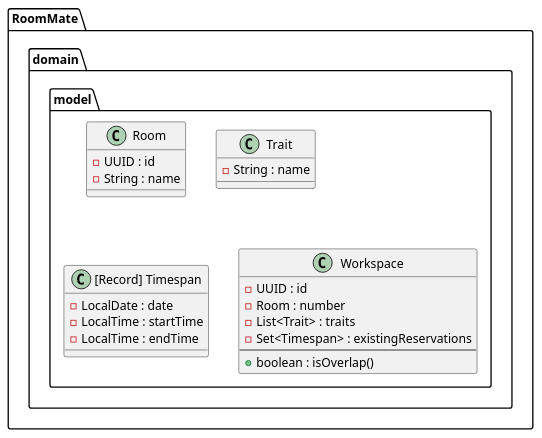
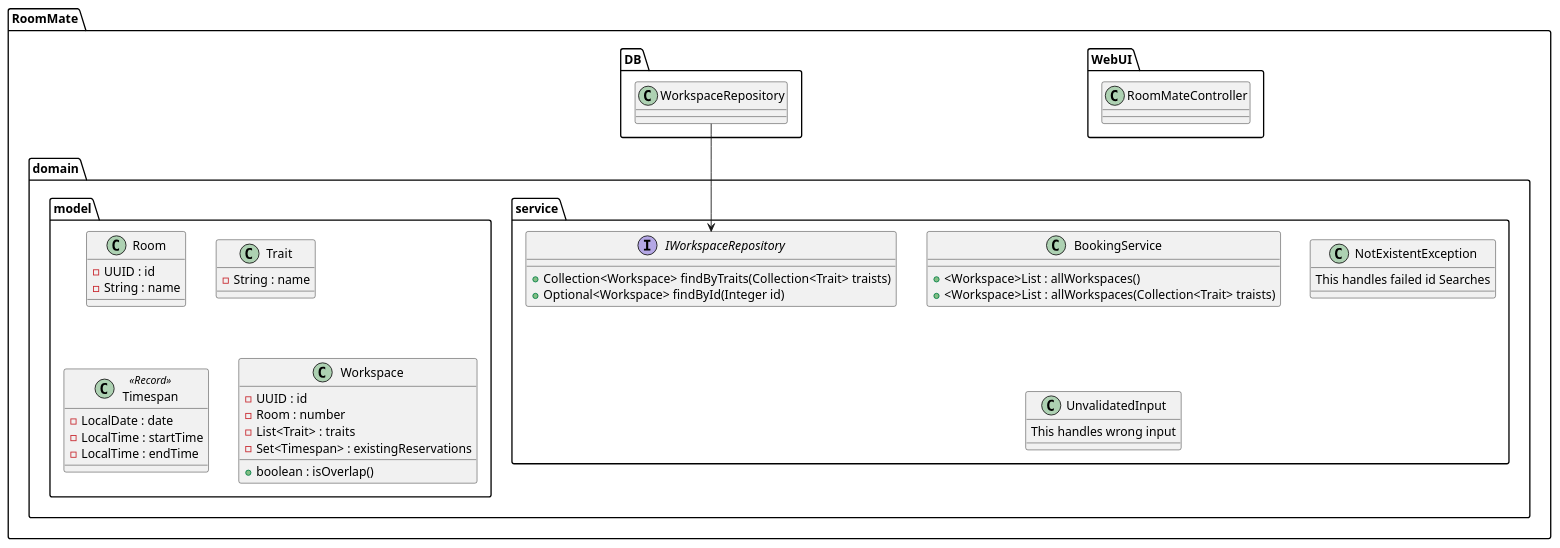
One commit to Asveste/RoomMate changed the diagram in aufbau.puml. Above: the diagram before and after it, drawn with PlantUML.

Commit message:
Update Aufbau Draft

```diff
--- a/aufbau.puml
+++ b/aufbau.puml
@@ -1,36 +1,72 @@
 @startuml
 'https://plantuml.com/class-diagram
 
 package RoomMate{
 
+package WebUI{
+    class RoomMateController
+}
+
 package domain{
 
-package model{
+package service{
 
-class Room{}
-Room : -UUID : id
-Room : -String : name
-
-class Trait{}
-Trait : -String : name
-
-class "[Record] Timespan"{}
-"[Record] Timespan" : -LocalDate : date
-"[Record] Timespan" : -LocalTime : startTime
-"[Record] Timespan" : -LocalTime : endTime
-
-class Workspace{}
-Workspace : -UUID : id
-Workspace : -Room : number
-Workspace : -List<Trait> : traits
-Workspace : -Set<Timespan> : existingReservations
-Workspace : --
-Workspace : +boolean : isOverlap()
+    interface IWorkspaceRepository{
+        + Collection<Workspace> findByTraits(Collection<Trait> traists)
+        + Optional<Workspace> findById(Integer id)
+    }
+    class BookingService{
+        + <Workspace>List : allWorkspaces()
+        + <Workspace>List : allWorkspaces(Collection<Trait> traists)
+    }
+    class NotExistentException{
+        This handles failed id Searches
+    }
+    class UnvalidatedInput{
+        This handles wrong input
+    }
 
 }
 
-}
+    package model{
+
+        class Room{
+            - UUID : id
+            -String : name
+        }
+
+        class Trait{
+            -String : name
+        }
+
+        class Timespan << Record >> {
+            - LocalDate : date
+            - LocalTime : startTime
+            - LocalTime : endTime
+        }
+
+
+        class Workspace{
+            - UUID : id
+            - Room : number
+            - List<Trait> : traits
+            - Set<Timespan> : existingReservations
+            + boolean : isOverlap()
+        }
+
+
+    }
 
 }
 
+package DB{
+
+        class WorkspaceRepository{}
+
+}
+
+WorkspaceRepository --> IWorkspaceRepository
+}
+
+
 @enduml
```
